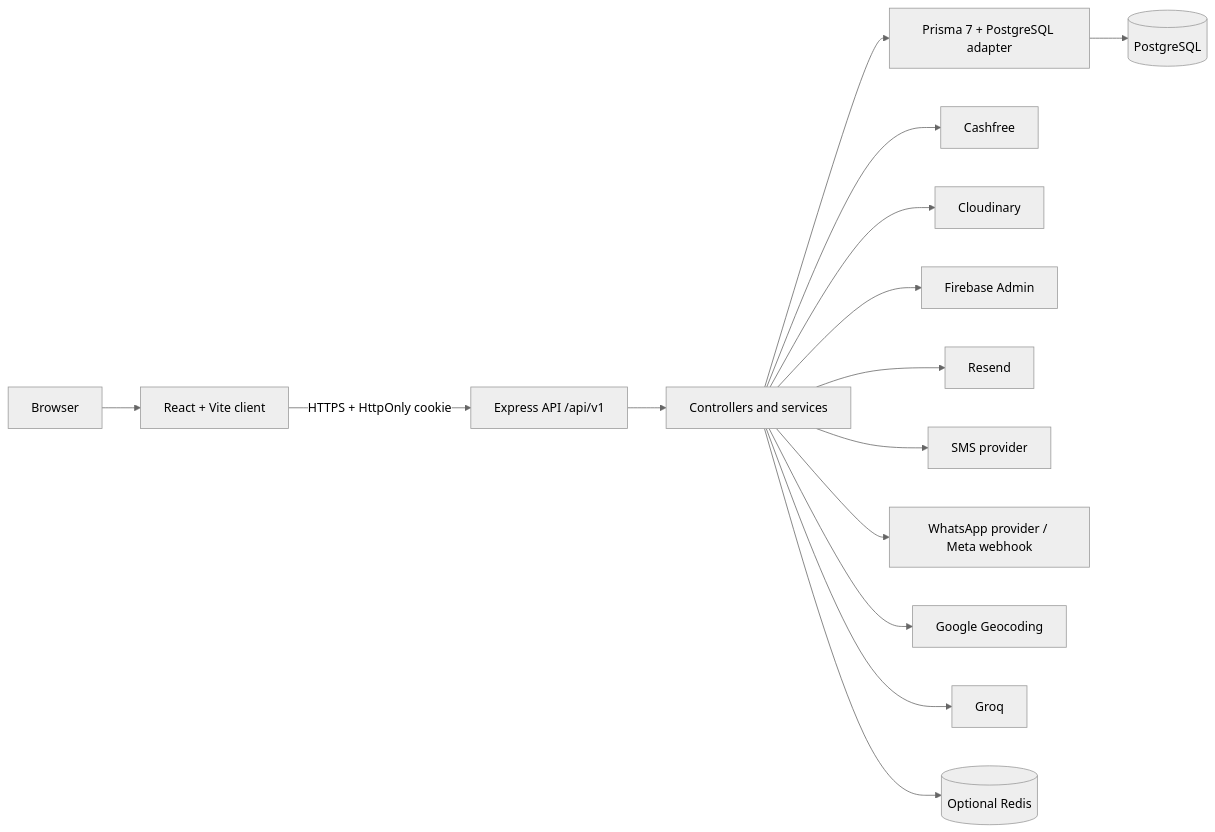
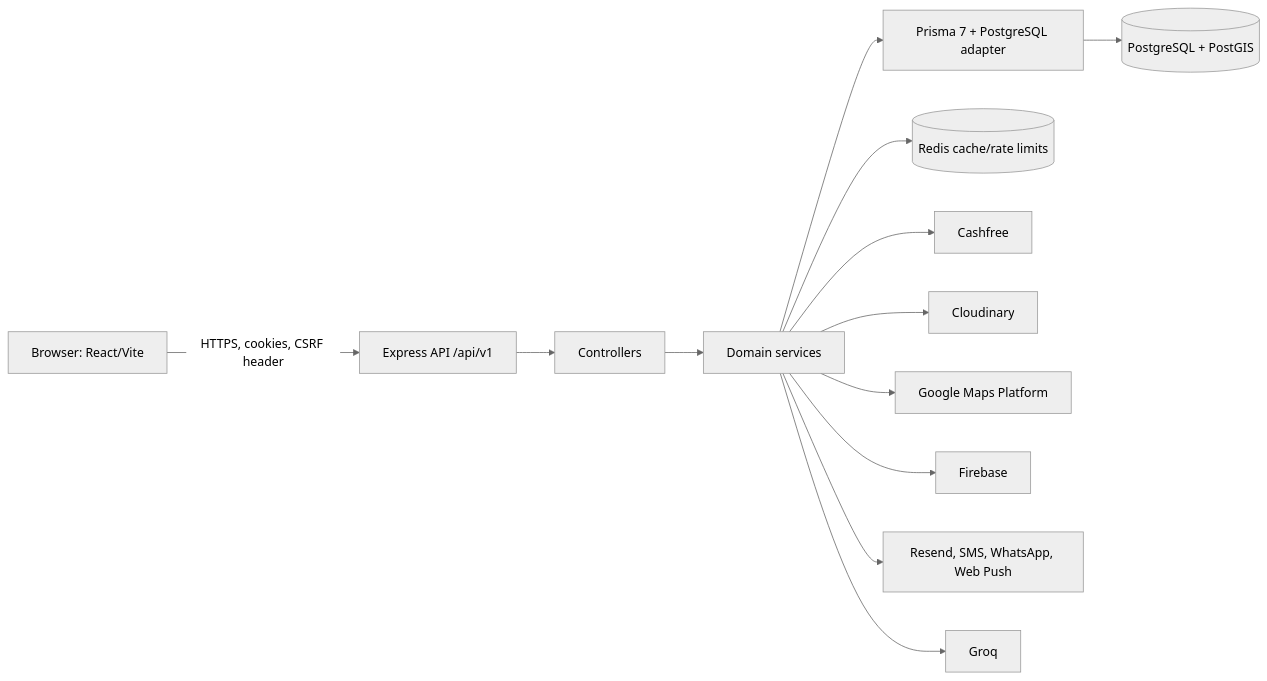
One commit to Aayush20253534/Garage-startup changed the diagram in README.md. Above: the diagram before and after it, drawn with Mermaid (neutral theme). The commit also changed other lines of this file and 3 other files, not shown here.

````diff
--- a/README.md
+++ b/README.md
@@ -26,18 +20,15 @@
 ```mermaid
 flowchart LR
-    B[Browser] --> C[React + Vite client]
-    C -->|HTTPS + HttpOnly cookie| A[Express API /api/v1]
-    A --> S[Controllers and services]
-    S --> P[Prisma 7 + PostgreSQL adapter]
-    P --> D[(PostgreSQL)]
-
-    S --> CF[Cashfree]
-    S --> CL[Cloudinary]
-    S --> FB[Firebase Admin]
-    S --> RS[Resend]
-    S --> SMS[SMS provider]
-    S --> WA[WhatsApp provider / Meta webhook]
-    S --> GM[Google Geocoding]
-    S --> GQ[Groq]
-    S --> R[(Optional Redis)]
+    Browser["Browser: React/Vite"] -->|HTTPS, cookies, CSRF header| API["Express API /api/v1"]
+    API --> Controllers[Controllers]
+    Controllers --> Services[Domain services]
+    Services --> Prisma["Prisma 7 + PostgreSQL adapter"]
+    Prisma --> DB[("PostgreSQL + PostGIS")]
+    Services --> Redis[("Redis cache/rate limits")]
+    Services --> Cashfree[Cashfree]
+    Services --> Cloudinary[Cloudinary]
+    Services --> Google[Google Maps Platform]
+    Services --> Firebase[Firebase]
+    Services --> Messaging["Resend, SMS, WhatsApp, Web Push"]
+    Services --> Groq[Groq]
 ```
````
